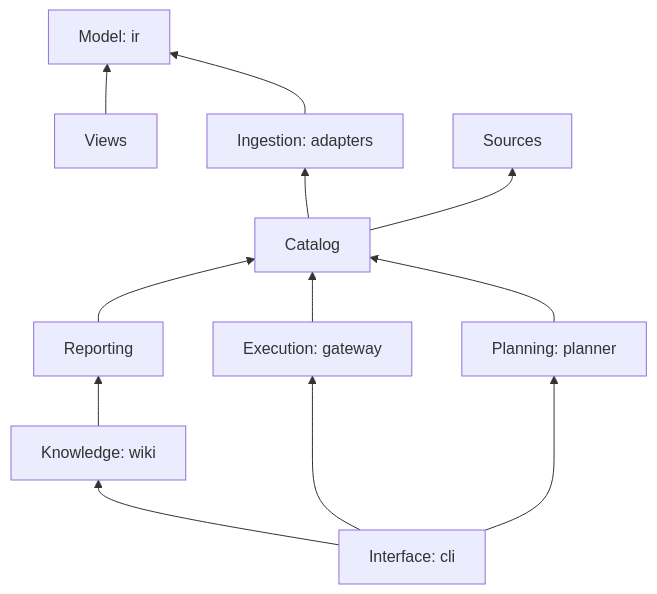
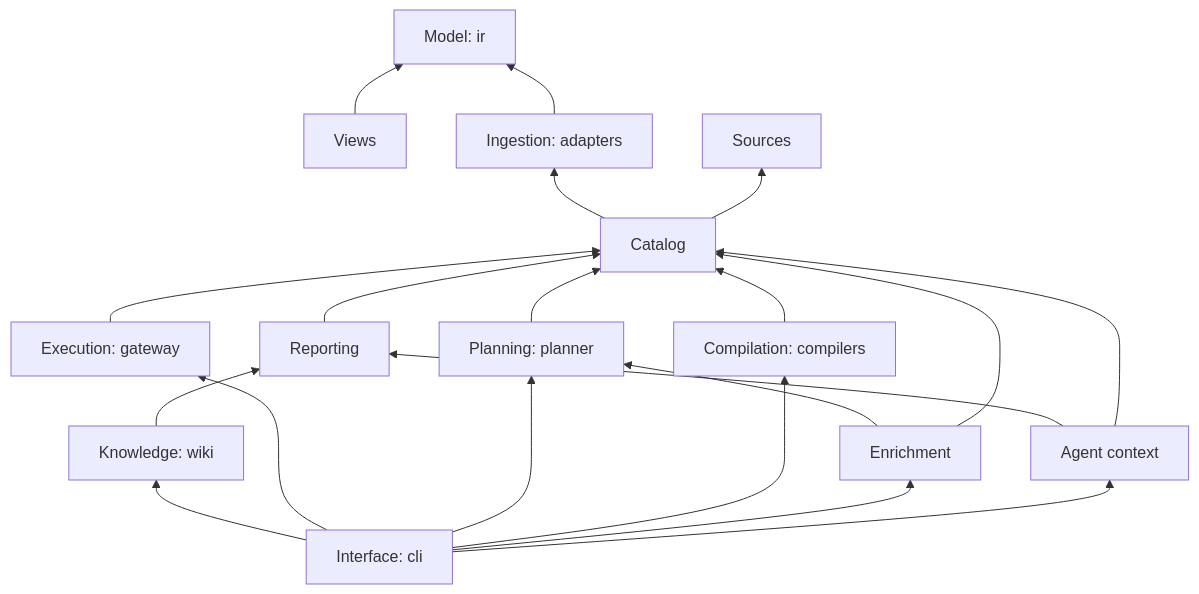
The diagram in docs/architecture.md (afernandeztem/FlowGlyph), drawn with Mermaid before and after one commit. The commit also changed other lines of this file and 38 other files, not shown here.

First line of the commit message:
Redraw the pipeline diagram, fix the docs and the bugs from a code review (#33)

````diff
--- a/docs/architecture.md
+++ b/docs/architecture.md
@@ -54,15 +54,23 @@
 ```mermaid
 flowchart BT
     ir[Model: ir]
     views[Views] --> ir
     adapters[Ingestion: adapters] --> ir
     catalog[Catalog] --> adapters
     catalog --> sources[Sources]
     report[Reporting] --> catalog
     wiki[Knowledge: wiki] --> report
     gateway[Execution: gateway] --> catalog
     planner[Planning: planner] --> catalog
+    compilers[Compilation: compilers] --> catalog
+    enrichment[Enrichment] --> planner
+    enrichment --> catalog
+    context[Agent context] --> report
+    context --> catalog
     cli[Interface: cli] --> wiki
     cli --> gateway
     cli --> planner
+    cli --> compilers
+    cli --> enrichment
+    cli --> context
 ```
````
